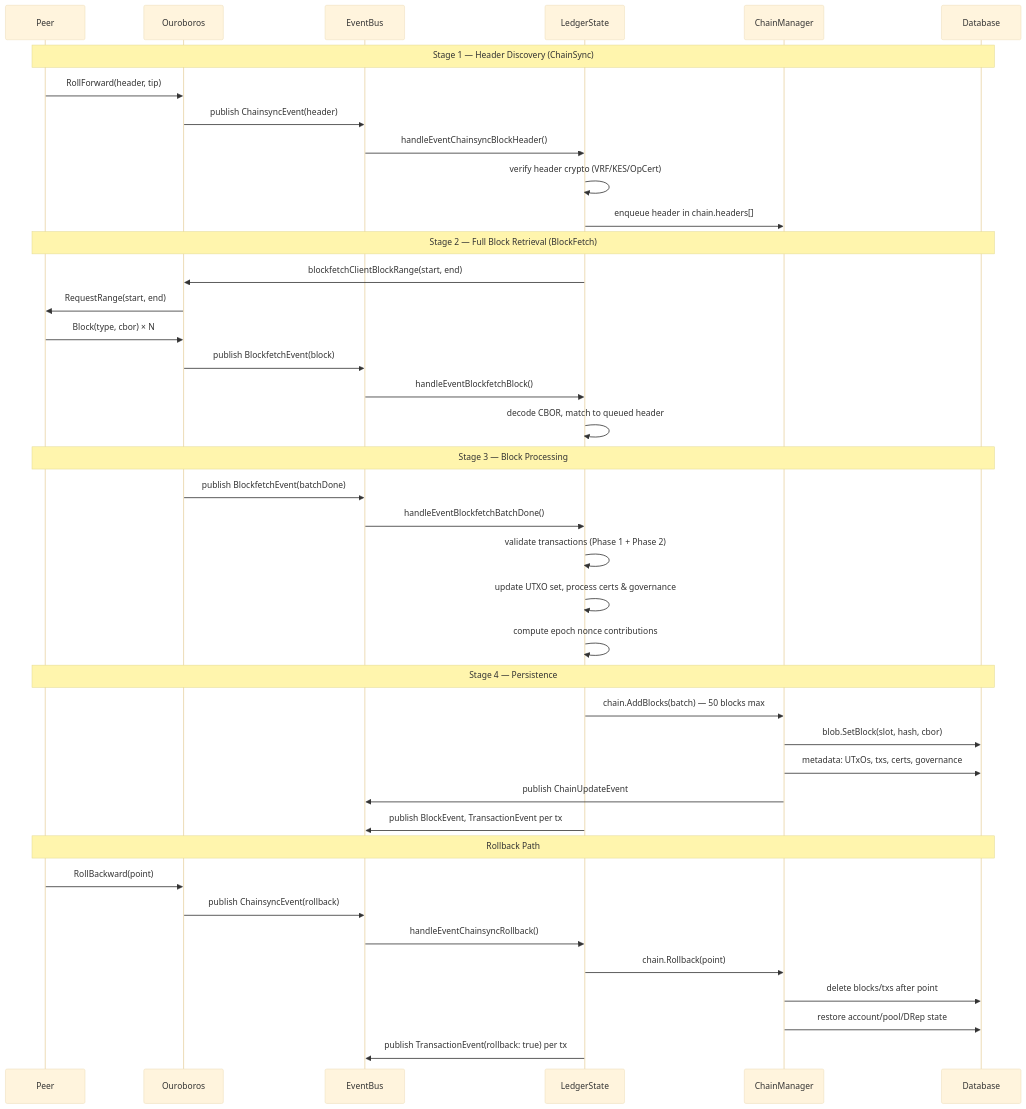
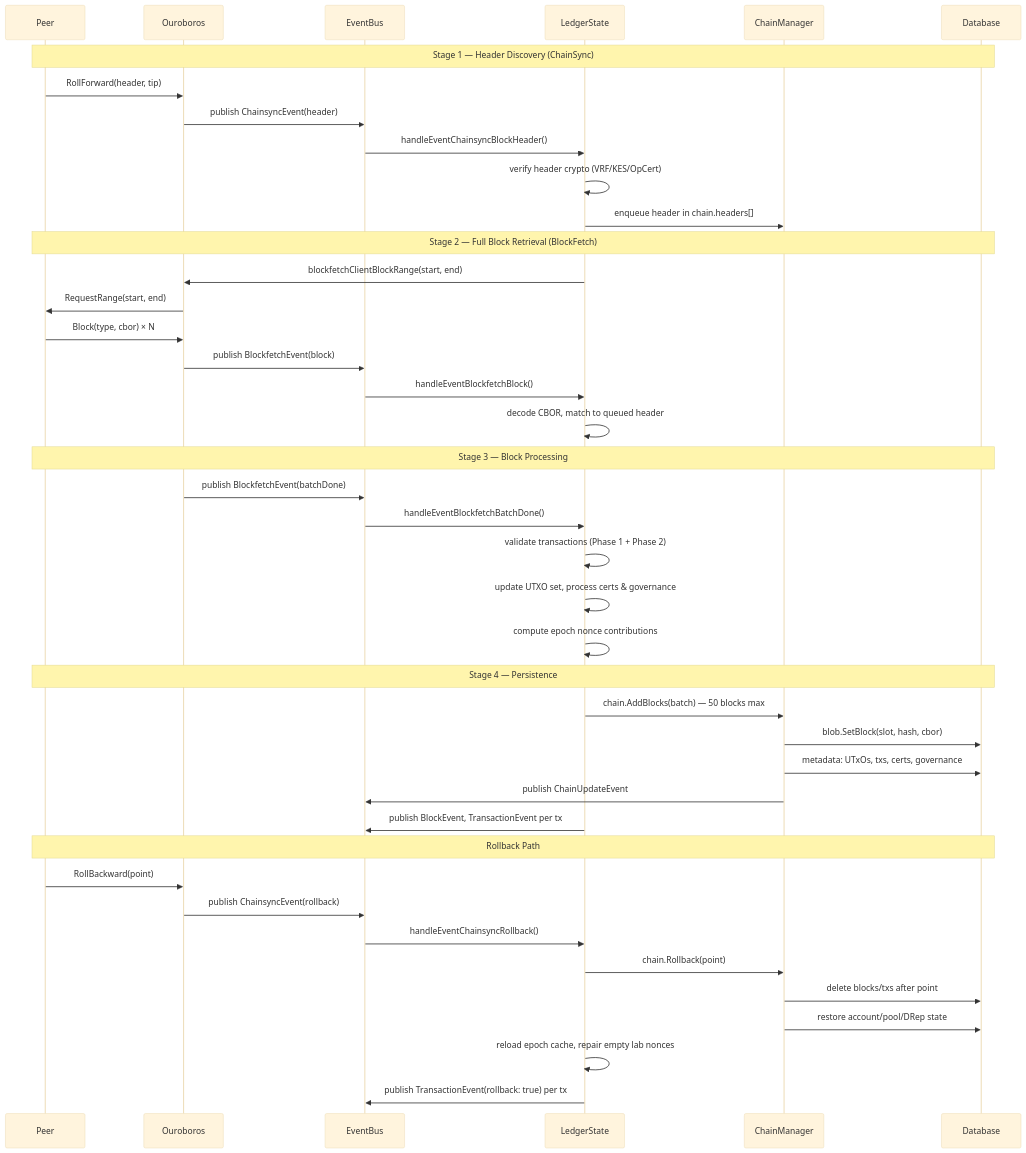
Before and after one commit to blinklabs-io/dingo: the third of 5 diagrams in ARCHITECTURE.md, drawn with Mermaid (base theme). The commit also changed other lines of this file and 14 other files, not shown here.

Commit message:
fix: epoch lab nonce

````diff
--- a/ARCHITECTURE.md
+++ b/ARCHITECTURE.md
@@ -234,47 +234,48 @@
 ```mermaid
 sequenceDiagram
     participant Peer
     participant OB as Ouroboros
     participant EB as EventBus
     participant LS as LedgerState
     participant ChM as ChainManager
     participant DB as Database
 
     Note over Peer,DB: Stage 1 — Header Discovery (ChainSync)
     Peer->>OB: RollForward(header, tip)
     OB->>EB: publish ChainsyncEvent(header)
     EB->>LS: handleEventChainsyncBlockHeader()
     LS->>LS: verify header crypto (VRF/KES/OpCert)
     LS->>ChM: enqueue header in chain.headers[]
 
     Note over Peer,DB: Stage 2 — Full Block Retrieval (BlockFetch)
     LS->>OB: blockfetchClientBlockRange(start, end)
     OB->>Peer: RequestRange(start, end)
     Peer->>OB: Block(type, cbor) × N
     OB->>EB: publish BlockfetchEvent(block)
     EB->>LS: handleEventBlockfetchBlock()
     LS->>LS: decode CBOR, match to queued header
 
     Note over Peer,DB: Stage 3 — Block Processing
     OB->>EB: publish BlockfetchEvent(batchDone)
     EB->>LS: handleEventBlockfetchBatchDone()
     LS->>LS: validate transactions (Phase 1 + Phase 2)
     LS->>LS: update UTXO set, process certs & governance
     LS->>LS: compute epoch nonce contributions
 
     Note over Peer,DB: Stage 4 — Persistence
     LS->>ChM: chain.AddBlocks(batch) — 50 blocks max
     ChM->>DB: blob.SetBlock(slot, hash, cbor)
     ChM->>DB: metadata: UTxOs, txs, certs, governance
     ChM->>EB: publish ChainUpdateEvent
     LS->>EB: publish BlockEvent, TransactionEvent per tx
 
     Note over Peer,DB: Rollback Path
     Peer->>OB: RollBackward(point)
     OB->>EB: publish ChainsyncEvent(rollback)
     EB->>LS: handleEventChainsyncRollback()
     LS->>ChM: chain.Rollback(point)
     ChM->>DB: delete blocks/txs after point
     ChM->>DB: restore account/pool/DRep state
+    LS->>LS: reload epoch cache, repair empty lab nonces
     LS->>EB: publish TransactionEvent(rollback: true) per tx
 ```
````
